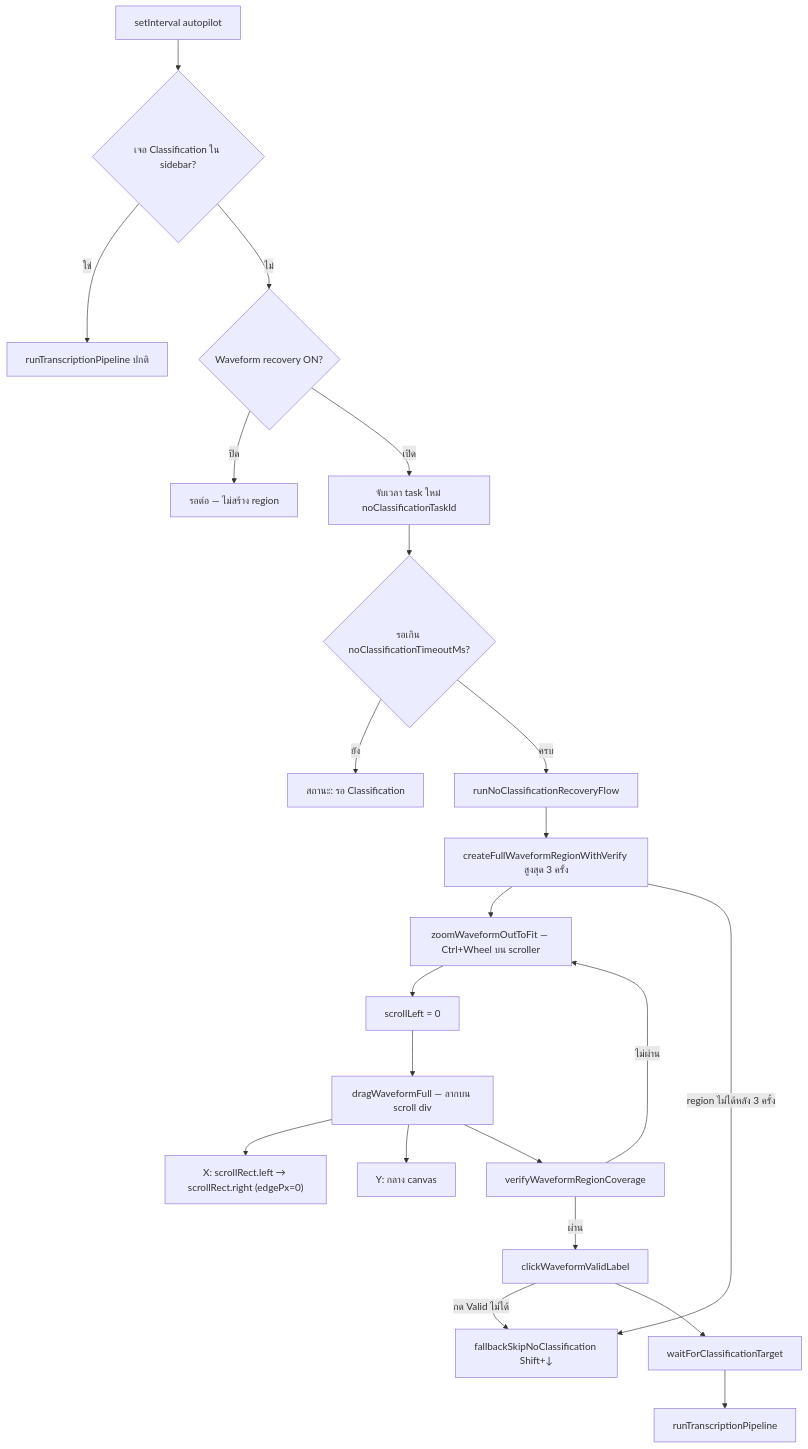
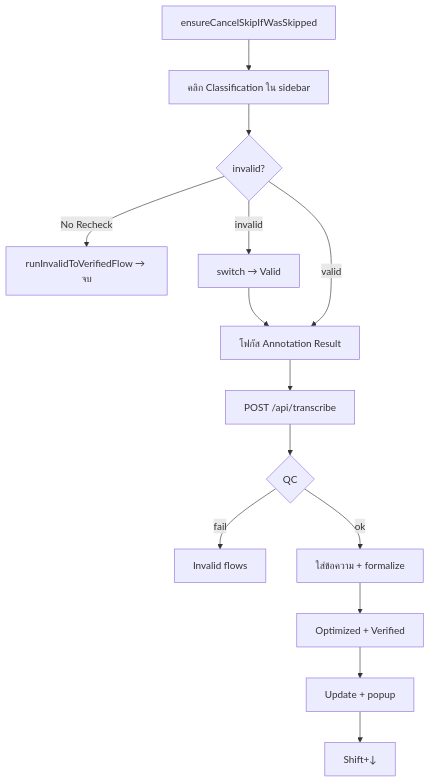
One commit to aemilia1962/DingTag_Automatron_Alternative changed the fourth of 5 diagrams in .cursor/skills/dingtag-project/flows.md. Above: the diagram before and after it, drawn with Mermaid. The commit also changed other lines of this file and 4 other files, not shown here.

````diff
--- a/.cursor/skills/dingtag-project/flows.md
+++ b/.cursor/skills/dingtag-project/flows.md
@@ -47,26 +228,16 @@
 ```mermaid
 flowchart TD
-    A[setInterval autopilot] --> B{เจอ Classification ใน sidebar?}
-    B -->|ใช่| C[runTranscriptionPipeline ปกติ]
-    B -->|ไม่| D{Waveform recovery ON?}
-    D -->|ปิด| E[รอต่อ — ไม่สร้าง region]
-    D -->|เปิด| F[จับเวลา task ใหม่ noClassificationTaskId]
-    F --> G{รอเกิน noClassificationTimeoutMs?}
-    G -->|ยัง| H[สถานะ: รอ Classification]
-    G -->|ครบ| I[runNoClassificationRecoveryFlow]
-
-    I --> J[createFullWaveformRegionWithVerify สูงสุด 3 ครั้ง]
-    J --> J1[zoomWaveformOutToFit — Ctrl+Wheel บน scroller]
-    J1 --> J2[scrollLeft = 0]
-    J2 --> J3[dragWaveformFull — ลากบน scroll div]
-    J3 --> J3a["X: scrollRect.left → scrollRect.right (edgePx=0)"]
-    J3 --> J3b["Y: กลาง canvas"]
-    J3 --> J4[verifyWaveformRegionCoverage]
-    J4 -->|ไม่ผ่าน| J1
-    J4 -->|ผ่าน| K[clickWaveformValidLabel]
-
-    J -->|region ไม่ได้หลัง 3 ครั้ง| N[fallbackSkipNoClassification Shift+↓]
-    K -->|กด Valid ไม่ได้| N
-    K --> L[waitForClassificationTarget]
-    L --> M[runTranscriptionPipeline]
+    START[ensureCancelSkipIfWasSkipped] --> CLS[คลิก Classification ใน sidebar]
+    CLS --> INVCHK{invalid?}
+    INVCHK -->|No Recheck| INVP[runInvalidToVerifiedFlow → จบ]
+    INVCHK -->|invalid| SW[switch → Valid]
+    SW --> TA
+    INVCHK -->|valid| TA[โฟกัส Annotation Result]
+    TA --> API[POST /api/transcribe]
+    API --> QC{QC}
+    QC -->|fail| INVSUB[Invalid flows]
+    QC -->|ok| FILL[ใส่ข้อความ + formalize]
+    FILL --> REV[Optimized + Verified]
+    REV --> UPD[Update + popup]
+    UPD --> NEXT[Shift+↓]
 ```
````
